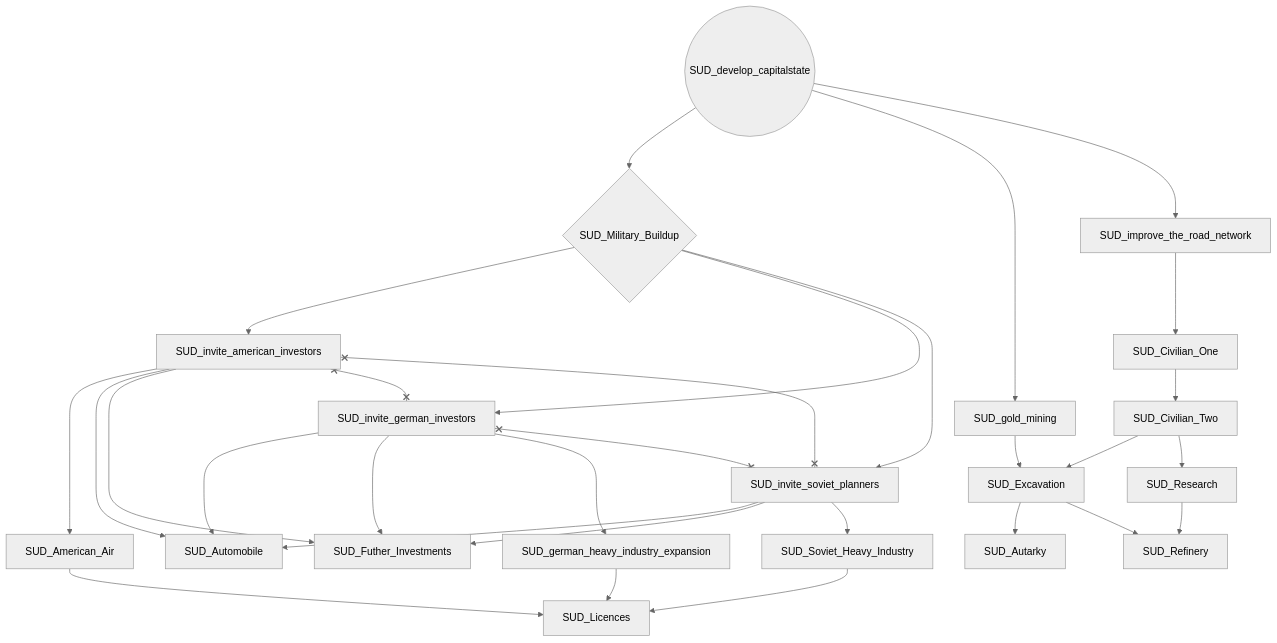
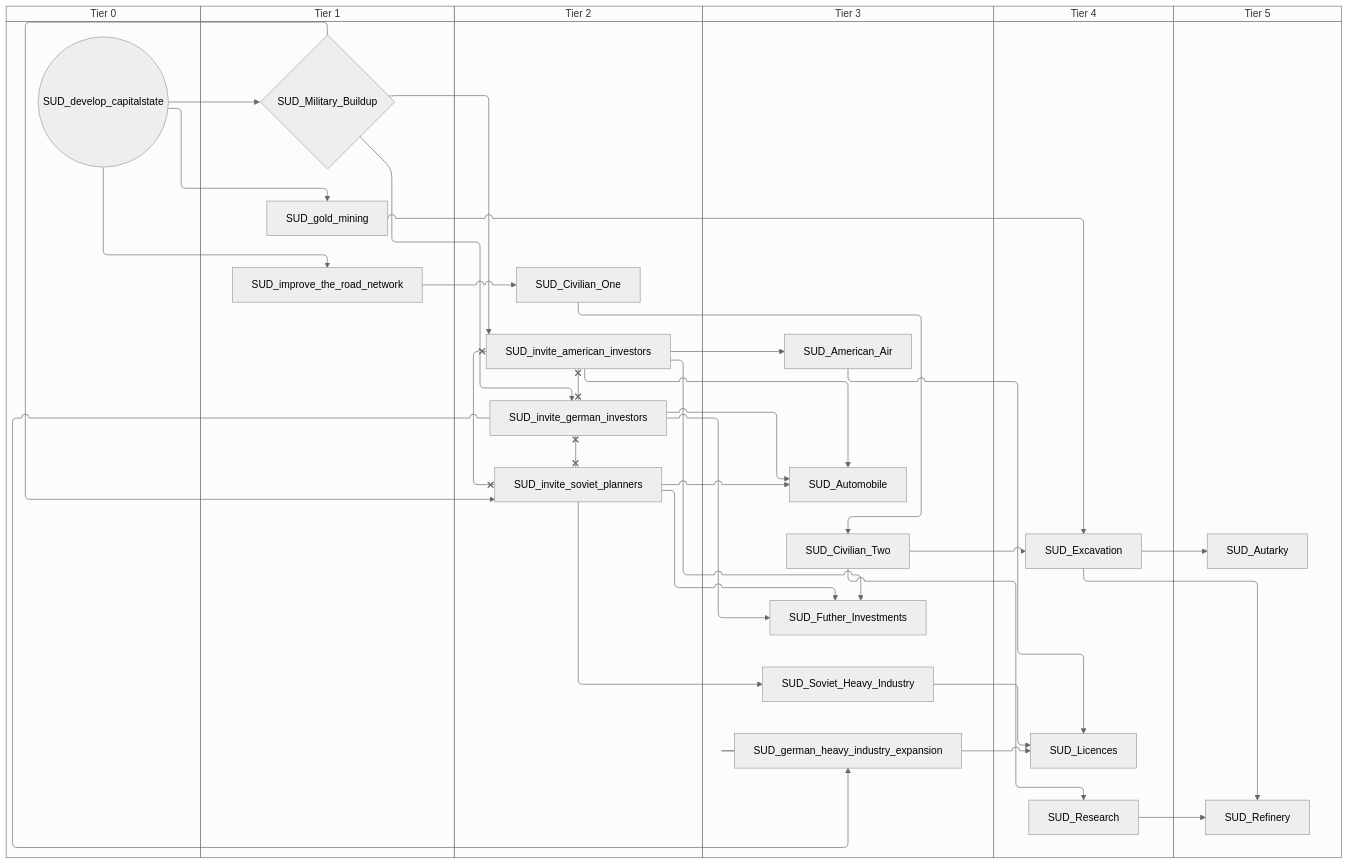
One commit to evgeny-sobol/hoi4-sandbox-mode-r56 changed the second of 3 diagrams in docs/gdd/National Focuses/sudan.md. Above: the diagram before and after it, drawn with Mermaid (neutral theme). The commit also changed other lines of this file and 423 other files, not shown here.

First line of the commit message:
Re-export Rt56 focus trees as swimlane diagrams

````diff
--- a/docs/gdd/National Focuses/sudan.md
+++ b/docs/gdd/National Focuses/sudan.md
@@ -76,51 +98,63 @@
 ```mermaid
-flowchart TD
-    n29["SUD_American_Air"]
-    n30["SUD_Autarky"]
-    n31["SUD_Automobile"]
-    n32["SUD_Civilian_One"]
-    n33["SUD_Civilian_Two"]
-    n34["SUD_Excavation"]
-    n35["SUD_Futher_Investments"]
-    n36["SUD_Licences"]
-    n37{"SUD_Military_Buildup"}
-    n38["SUD_Refinery"]
-    n39["SUD_Research"]
-    n40["SUD_Soviet_Heavy_Industry"]
-    n41(("SUD_develop_capitalstate"))
-    n42["SUD_german_heavy_industry_expansion"]
-    n43["SUD_gold_mining"]
-    n44["SUD_improve_the_road_network"]
-    n45["SUD_invite_american_investors"]
-    n46["SUD_invite_german_investors"]
-    n47["SUD_invite_soviet_planners"]
-    n45 --> n29
-    n34 --> n30
-    n45 --> n31
-    n46 --> n31
-    n47 --> n31
-    n44 --> n32
+swimlane-beta TD
+    subgraph tier_0["Tier 0"]
+        n29(("SUD_develop_capitalstate"))
+    end
+    subgraph tier_1["Tier 1"]
+        n30{"SUD_Military_Buildup"}
+        n31["SUD_gold_mining"]
+        n32["SUD_improve_the_road_network"]
+    end
+    subgraph tier_2["Tier 2"]
+        n33["SUD_Civilian_One"]
+        n34["SUD_invite_american_investors"]
+        n35["SUD_invite_german_investors"]
+        n36["SUD_invite_soviet_planners"]
+    end
+    subgraph tier_3["Tier 3"]
+        n37["SUD_American_Air"]
+        n38["SUD_Automobile"]
+        n39["SUD_Civilian_Two"]
+        n40["SUD_Futher_Investments"]
+        n41["SUD_Soviet_Heavy_Industry"]
+        n42["SUD_german_heavy_industry_expansion"]
+    end
+    subgraph tier_4["Tier 4"]
+        n43["SUD_Excavation"]
+        n44["SUD_Licences"]
+        n45["SUD_Research"]
+    end
+    subgraph tier_5["Tier 5"]
+        n46["SUD_Autarky"]
+        n47["SUD_Refinery"]
+    end
+    n34 --> n37
+    n43 --> n46
+    n34 --> n38
+    n35 --> n38
+    n36 --> n38
     n32 --> n33
-    n33 --> n34
-    n43 --> n34
-    n45 --> n35
-    n46 --> n35
-    n47 --> n35
-    n29 --> n36
-    n42 --> n36
-    n40 --> n36
-    n41 --> n37
-    n34 --> n38
-    n39 --> n38
     n33 --> n39
-    n47 --> n40
-    n46 --> n42
-    n41 --> n43
+    n39 --> n43
+    n31 --> n43
+    n34 --> n40
+    n35 --> n40
+    n36 --> n40
+    n37 --> n44
+    n42 --> n44
     n41 --> n44
-    n37 --> n45
-    n37 --> n46
-    n37 --> n47
-    n45 x--x n46
-    n45 x--x n47
-    n46 x--x n47
+    n29 --> n30
+    n43 --> n47
+    n45 --> n47
+    n39 --> n45
+    n36 --> n41
+    n35 --> n42
+    n29 --> n31
+    n29 --> n32
+    n30 --> n34
+    n30 --> n35
+    n30 --> n36
+    n34 x--x n35
+    n34 x--x n36
+    n35 x--x n36
 ```
````
